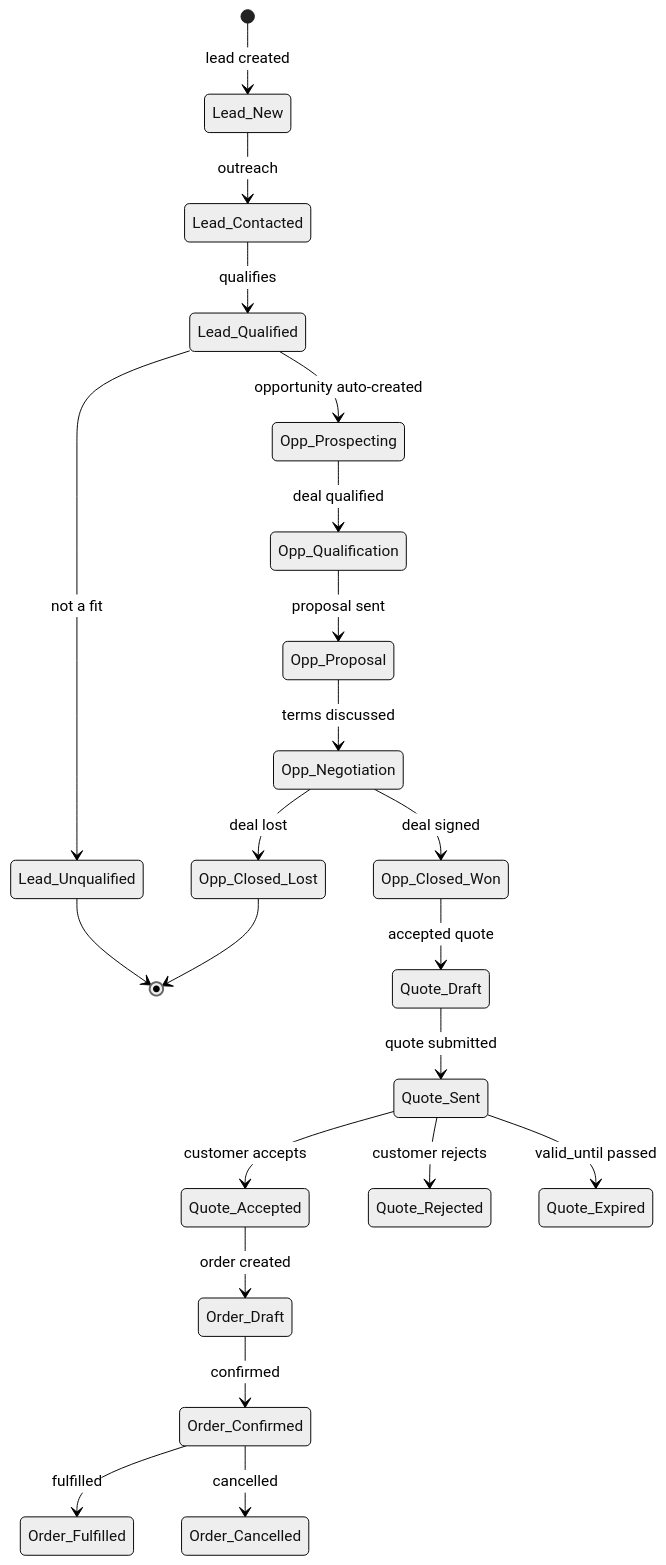
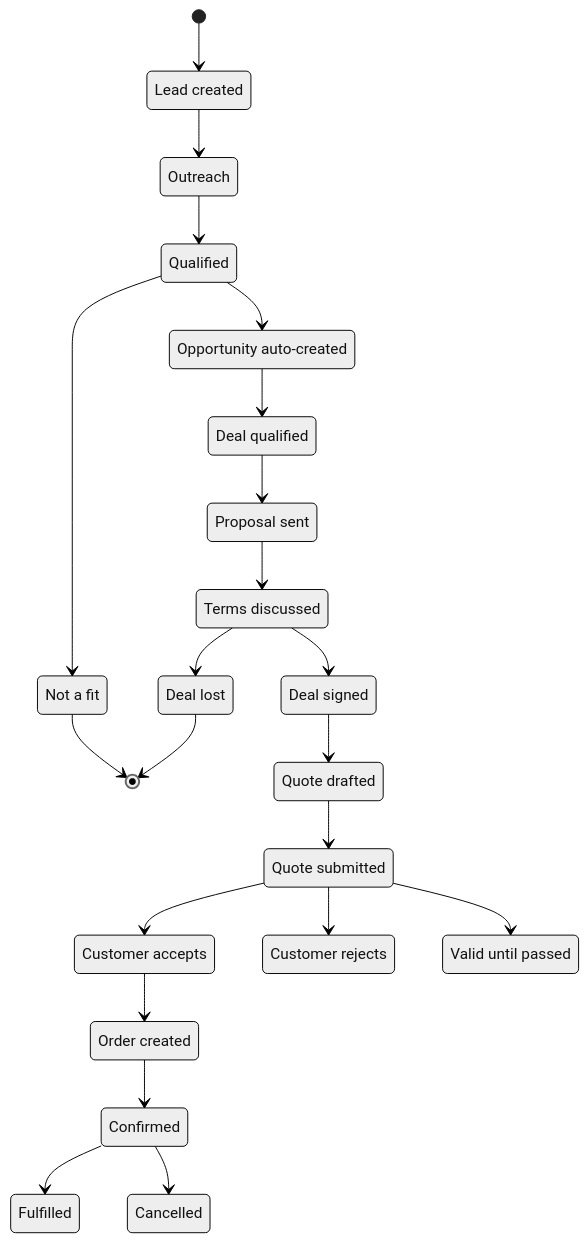
One commit to eltonaguiar/ServiceNow_Learning_TSOM-_CSM_FSM_SalesCRM_HAM_ITSM changed the first of 7 diagrams in docs/modules/sales-crm/sales-crm-guide.md. Above: the diagram before and after it, drawn with Mermaid (neutral theme). The commit also changed other lines of this file, not shown here.

Commit message:
Fix stateDiagram-v2 syntax in Diagram 1 and Diagram 6

````diff
--- a/docs/modules/sales-crm/sales-crm-guide.md
+++ b/docs/modules/sales-crm/sales-crm-guide.md
@@ -550,26 +550,46 @@
 ```mermaid
 stateDiagram-v2
-    [*] --> Lead_New : lead created
-    Lead_New --> Lead_Contacted : outreach
-    Lead_Contacted --> Lead_Qualified : qualifies
-    Lead_Qualified --> Lead_Unqualified : not a fit
-    Lead_Qualified --> Opp_Prospecting : opportunity auto-created
+    [*] --> Lead_New
+    Lead_New --> Lead_Contacted
+    Lead_Contacted --> Lead_Qualified
+    Lead_Qualified --> Lead_Unqualified
+    Lead_Qualified --> Opp_Prospecting
     Lead_Unqualified --> [*]
 
-    Opp_Prospecting --> Opp_Qualification : deal qualified
-    Opp_Qualification --> Opp_Proposal : proposal sent
-    Opp_Proposal --> Opp_Negotiation : terms discussed
-    Opp_Negotiation --> Opp_Closed_Won : deal signed
-    Opp_Negotiation --> Opp_Closed_Lost : deal lost
-    Opp_Closed_Won --> Quote_Draft : accepted quote
+    Opp_Prospecting --> Opp_Qualification
+    Opp_Qualification --> Opp_Proposal
+    Opp_Proposal --> Opp_Negotiation
+    Opp_Negotiation --> Opp_Closed_Won
+    Opp_Negotiation --> Opp_Closed_Lost
+    Opp_Closed_Won --> Quote_Draft
     Opp_Closed_Lost --> [*]
 
-    Quote_Draft --> Quote_Sent : quote submitted
-    Quote_Sent --> Quote_Accepted : customer accepts
-    Quote_Sent --> Quote_Rejected : customer rejects
-    Quote_Sent --> Quote_Expired : valid_until passed
-    Quote_Accepted --> Order_Draft : order created
-    Order_Draft --> Order_Confirmed : confirmed
-    Order_Confirmed --> Order_Fulfilled : fulfilled
-    Order_Confirmed --> Order_Cancelled : cancelled
+    Quote_Draft --> Quote_Sent
+    Quote_Sent --> Quote_Accepted
+    Quote_Sent --> Quote_Rejected
+    Quote_Sent --> Quote_Expired
+    Quote_Accepted --> Order_Draft
+    Order_Draft --> Order_Confirmed
+    Order_Confirmed --> Order_Fulfilled
+    Order_Confirmed --> Order_Cancelled
+
+    Lead_New : Lead created
+    Lead_Contacted : Outreach
+    Lead_Qualified : Qualified
+    Lead_Unqualified : Not a fit
+    Opp_Prospecting : Opportunity auto-created
+    Opp_Qualification : Deal qualified
+    Opp_Proposal : Proposal sent
+    Opp_Negotiation : Terms discussed
+    Opp_Closed_Won : Deal signed
+    Opp_Closed_Lost : Deal lost
+    Quote_Draft : Quote drafted
+    Quote_Sent : Quote submitted
+    Quote_Accepted : Customer accepts
+    Quote_Rejected : Customer rejects
+    Quote_Expired : Valid until passed
+    Order_Draft : Order created
+    Order_Confirmed : Confirmed
+    Order_Fulfilled : Fulfilled
+    Order_Cancelled : Cancelled
 ```
````
